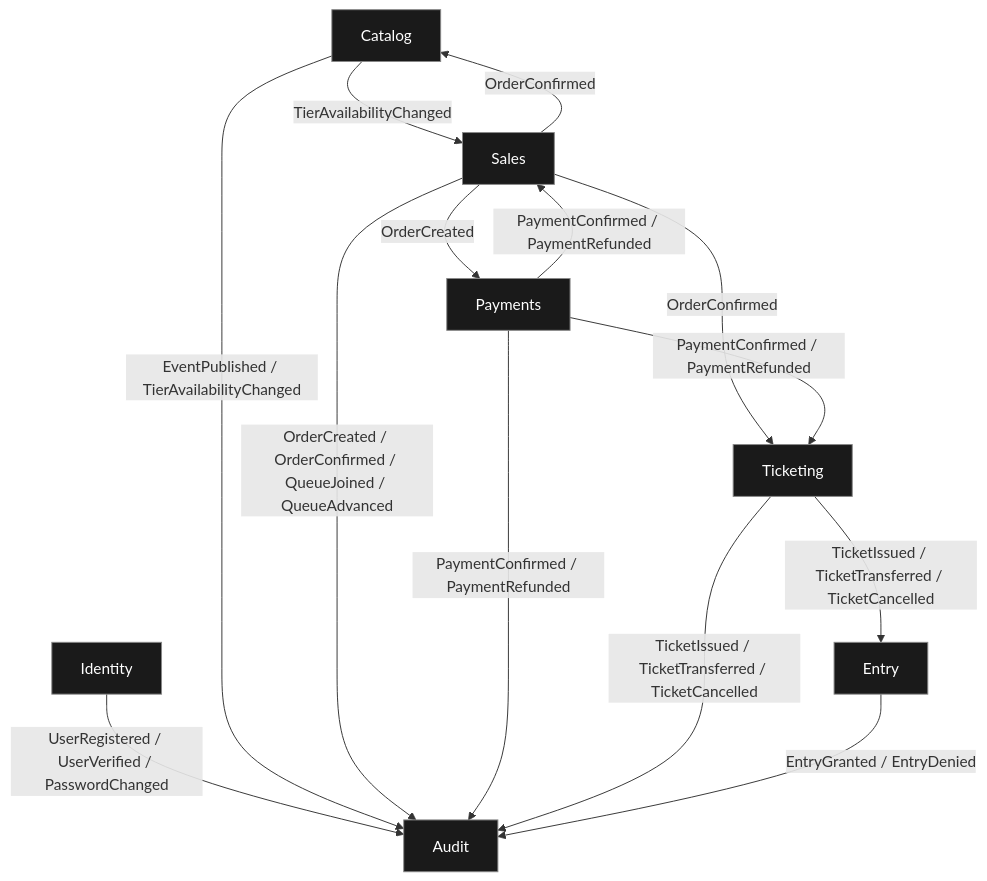
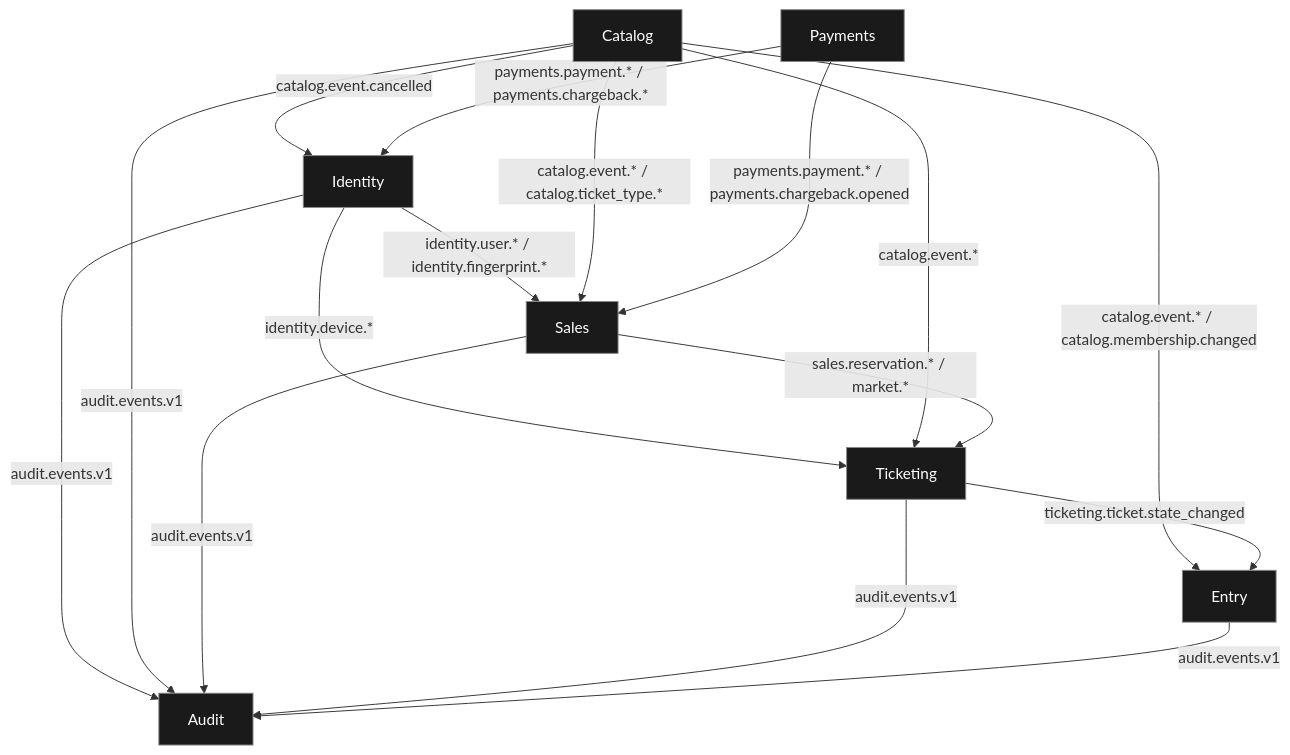
Before and after one commit to cristiangilsanz/qrew: the diagram in docs/architecture/views/logical.md, drawn with Mermaid. The commit also changed other lines of this file and 28 other files, not shown here.

````diff
--- a/docs/architecture/views/logical.md
+++ b/docs/architecture/views/logical.md
@@ -8,27 +10,33 @@
 ```mermaid
 flowchart TB
     identity["Identity"]:::ctx
     catalog["Catalog"]:::ctx
     sales["Sales"]:::ctx
     payments["Payments"]:::ctx
     ticketing["Ticketing"]:::ctx
     entry["Entry"]:::ctx
     audit["Audit"]:::ctx
 
-    catalog   -->|"TierAvailabilityChanged"| sales
-    sales     -->|"OrderCreated"| payments
-    payments  -->|"PaymentConfirmed / PaymentRefunded"| sales
-    sales     -->|"OrderConfirmed"| ticketing
-    payments  -->|"PaymentConfirmed / PaymentRefunded"| ticketing
-    ticketing -->|"TicketIssued / TicketTransferred / TicketCancelled"| entry
-    sales     -->|"OrderConfirmed"| catalog
+    identity  -->|"identity.user.* / identity.fingerprint.*"| sales
+    identity  -->|"identity.device.*"| ticketing
 
-    identity  -->|"UserRegistered / UserVerified / PasswordChanged"| audit
-    catalog   -->|"EventPublished / TierAvailabilityChanged"| audit
-    sales     -->|"OrderCreated / OrderConfirmed / QueueJoined / QueueAdvanced"| audit
-    payments  -->|"PaymentConfirmed / PaymentRefunded"| audit
-    ticketing -->|"TicketIssued / TicketTransferred / TicketCancelled"| audit
-    entry     -->|"EntryGranted / EntryDenied"| audit
+    catalog   -->|"catalog.event.* / catalog.ticket_type.*"| sales
+    catalog   -->|"catalog.event.*"| ticketing
+    catalog   -->|"catalog.event.cancelled"| identity
+    catalog   -->|"catalog.event.* / catalog.membership.changed"| entry
+
+    sales     -->|"sales.reservation.* / market.*"| ticketing
+
+    payments  -->|"payments.payment.* / payments.chargeback.*"| identity
+    payments  -->|"payments.payment.* / payments.chargeback.opened"| sales
+
+    ticketing -->|"ticketing.ticket.state_changed"| entry
+
+    identity  -->|"audit.events.v1"| audit
+    catalog   -->|"audit.events.v1"| audit
+    sales     -->|"audit.events.v1"| audit
+    ticketing -->|"audit.events.v1"| audit
+    entry     -->|"audit.events.v1"| audit
 
     classDef ctx fill:#1a1a1a,color:#fff,stroke:#888,stroke-width:1px
 ```
````
